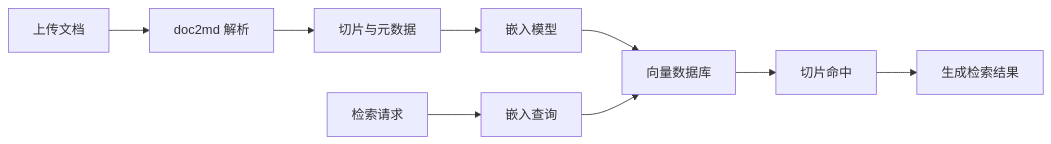
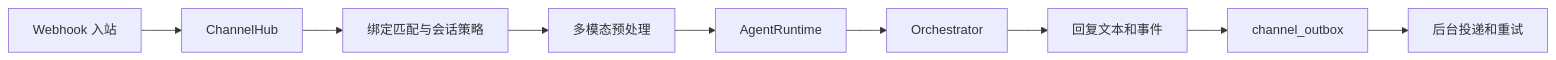
The fifth of 8 diagrams in docs/架构设计.md (ylsdamxssjxxdd/wunder), drawn with Mermaid before and after one commit. The commit also changed other lines of this file and 20 other files, not shown here.

````diff
--- a/docs/架构设计.md
+++ b/docs/架构设计.md
@@ -250,10 +223,11 @@
 ```mermaid
 flowchart LR
-  Upload[上传文档] --> Parse[doc2md 解析]
-  Parse --> Chunk[切片与元数据]
-  Chunk --> Embed[嵌入模型]
-  Embed --> VectorDB[向量数据库]
-  Query[检索请求] --> EmbedQ[嵌入查询]
-  EmbedQ --> VectorDB --> Hits[切片命中]
-  Hits --> Assemble[生成检索结果]
+  W[Webhook 入站] --> C[ChannelHub]
+  C --> B[绑定匹配与会话策略]
+  B --> M[多模态预处理]
+  M --> A[AgentRuntime]
+  A --> O[Orchestrator]
+  O --> R[回复文本和事件]
+  R --> OB[channel_outbox]
+  OB --> D[后台投递和重试]
 ```
````
